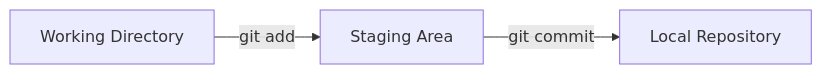
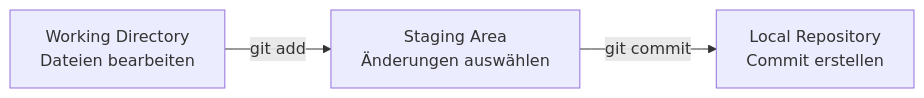
Before and after one commit to Post155/Git-Schulung: the fourth of 21 diagrams in README.md, drawn with Mermaid. The commit also changed other lines of this file, not shown here.

````diff
--- a/README.md
+++ b/README.md
@@ -98,5 +103,9 @@
 ```mermaid
 flowchart LR
-    A[Working Directory] -->|git add| B[Staging Area]
-    B -->|git commit| C[Local Repository]
+    A["Working Directory<br/>Dateien bearbeiten"]
+    B["Staging Area<br/>Änderungen auswählen"]
+    C["Local Repository<br/>Commit erstellen"]
+
+    A -->|git add| B
+    B -->|git commit| C
 ```
````
